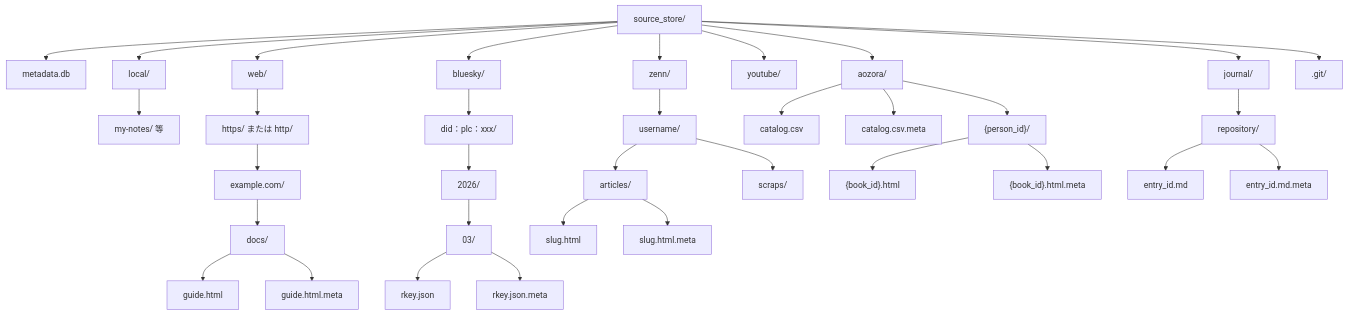
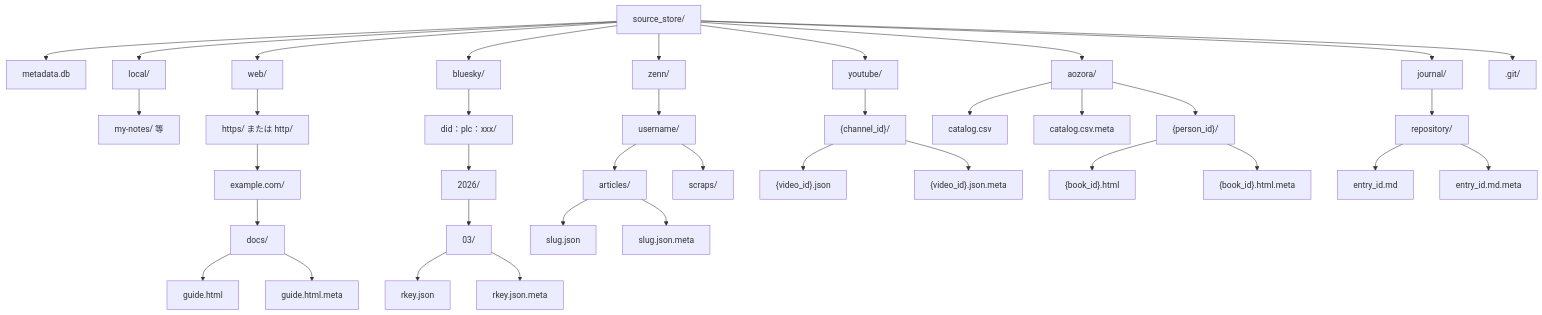
One commit to becky3/rag-knowledge changed the diagram in docs/specs/source-store.md. Above: the diagram before and after it, drawn with Mermaid. The commit also changed other lines of this file and 24 other files, not shown here.

````diff
--- a/docs/specs/source-store.md
+++ b/docs/specs/source-store.md
@@ -110,38 +111,41 @@
 ```mermaid
 flowchart TD
     SS["source_store/"]
     SS --> META_DB["metadata.db"]
     SS --> LOCAL["local/"]
     SS --> WEB["web/"]
     SS --> BS["bluesky/"]
     SS --> ZENN["zenn/"]
     SS --> YT["youtube/"]
     SS --> AZ["aozora/"]
     SS --> JNL["journal/"]
     SS --> DOT_GIT[".git/"]
 
     LOCAL --> L_USER["my-notes/ 等"]
     WEB --> W_PROTO["https/ または http/"]
     W_PROTO --> W_DOMAIN["example.com/"]
     W_DOMAIN --> W_PATH["docs/"]
     W_PATH --> W_FILE["guide.html"]
     W_PATH --> W_META["guide.html.meta"]
     BS --> BS_DID["did：plc：xxx/"]
     BS_DID --> BS_YEAR["2026/"]
     BS_YEAR --> BS_MONTH["03/"]
     BS_MONTH --> BS_POST["rkey.json"]
     BS_MONTH --> BS_POST_META["rkey.json.meta"]
     ZENN --> Z_USER["username/"]
     Z_USER --> Z_ART["articles/"]
     Z_USER --> Z_SCR["scraps/"]
-    Z_ART --> Z_SLUG["slug.html"]
-    Z_ART --> Z_SLUG_META["slug.html.meta"]
+    Z_ART --> Z_SLUG["slug.json"]
+    Z_ART --> Z_SLUG_META["slug.json.meta"]
+    YT --> YT_CH["{channel_id}/"]
+    YT_CH --> YT_VID["{video_id}.json"]
+    YT_CH --> YT_VID_META["{video_id}.json.meta"]
     AZ --> AZ_CAT["catalog.csv"]
     AZ --> AZ_CAT_META["catalog.csv.meta"]
     AZ --> AZ_PERSON["{person_id}/"]
     AZ_PERSON --> AZ_BOOK["{book_id}.html"]
     AZ_PERSON --> AZ_BOOK_META["{book_id}.html.meta"]
     JNL --> JNL_REPO["repository/"]
     JNL_REPO --> JNL_ENTRY["entry_id.md"]
     JNL_REPO --> JNL_META["entry_id.md.meta"]
 ```
````
